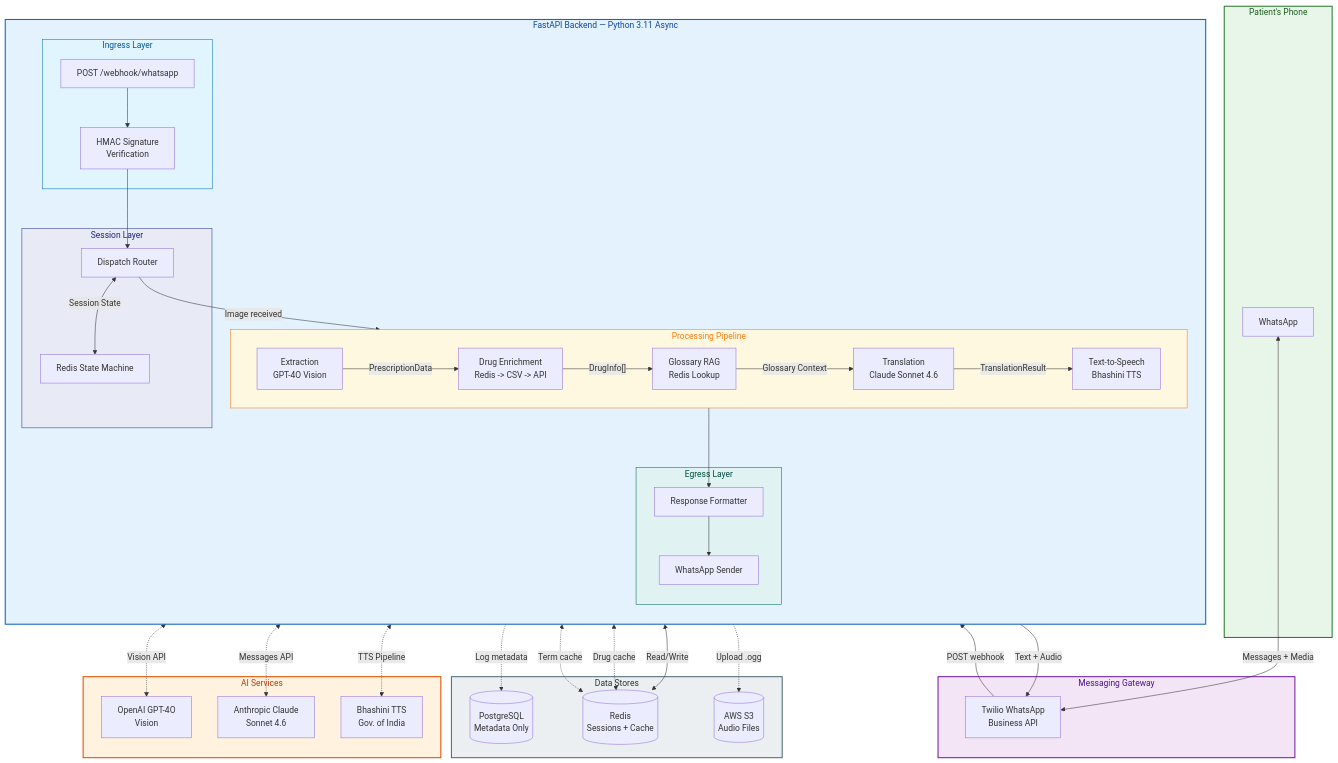
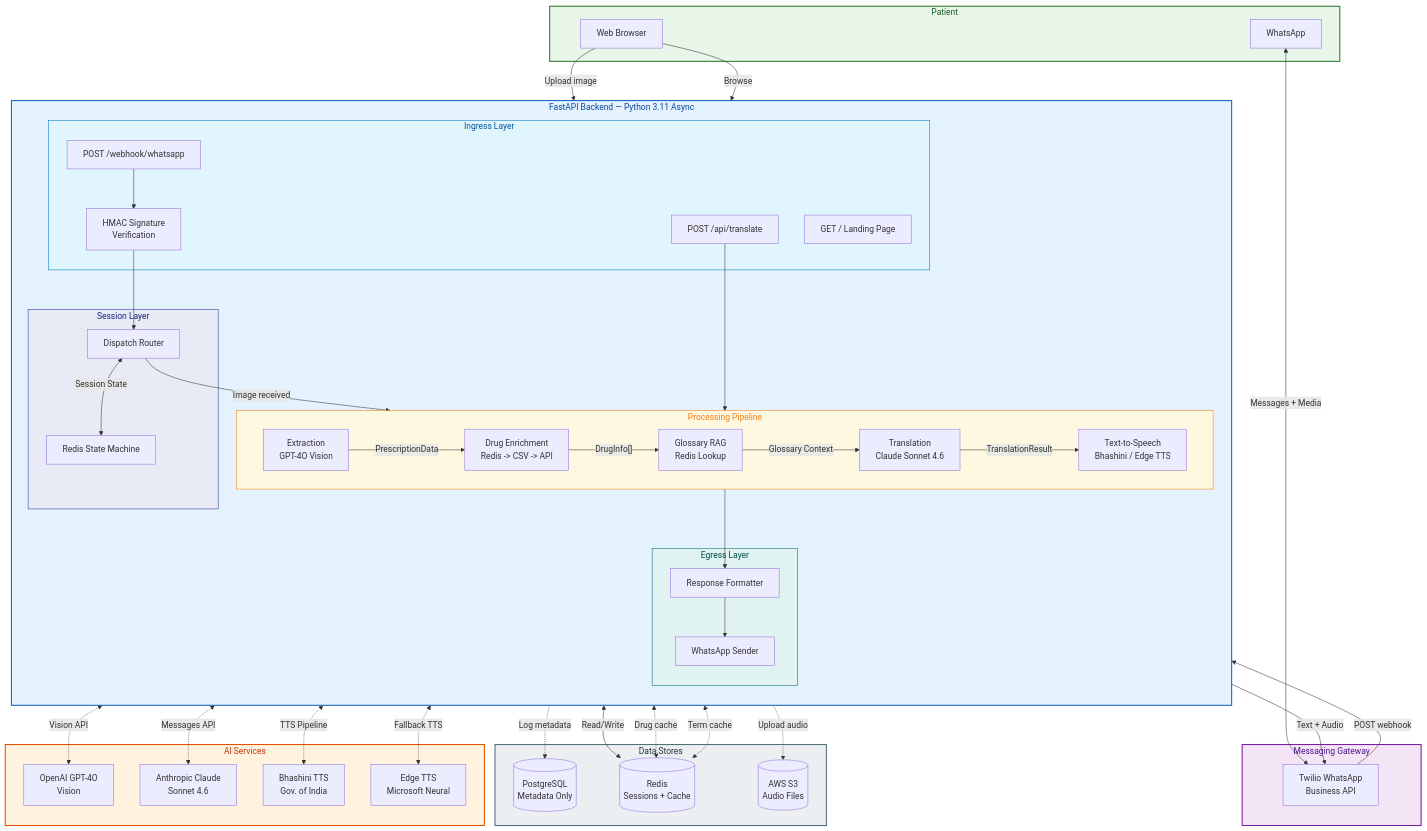
The first of 3 diagrams in README.md (nishantgaurav23/SehatSamjho), drawn with Mermaid before and after one commit. The commit also changed other lines of this file and 22 other files, not shown here.

First line of the commit message:
feat: add web interface + Edge TTS fallback (S14.1-S14.3)

````diff
--- a/README.md
+++ b/README.md
@@ -64,7 +66,8 @@
 ```mermaid
 graph TB
-    subgraph CLIENT["Patient's Phone"]
+    subgraph CLIENT["Patient"]
         WA["WhatsApp"]
+        WEB["Web Browser"]
     end
 
     subgraph GATEWAY["Messaging Gateway"]
@@ -77,6 +80,8 @@
         subgraph INGRESS["Ingress Layer"]
             WH["POST /webhook/whatsapp"]
             HMAC["HMAC Signature<br/>Verification"]
+            WEBAPI["POST /api/translate"]
+            LANDING["GET / Landing Page"]
         end
 
         subgraph SESSION["Session Layer"]
@@ -90,7 +95,7 @@
             DRUG["Drug Enrichment<br/>Redis -> CSV -> API"]
             GLOSS["Glossary RAG<br/>Redis Lookup"]
             TRANS["Translation<br/>Claude Sonnet 4.6"]
-            TTS["Text-to-Speech<br/>Bhashini TTS"]
+            TTS["Text-to-Speech<br/>Bhashini / Edge TTS"]
         end
 
         subgraph EGRESS["Egress Layer"]
@@ -109,11 +114,15 @@
         OPENAI["OpenAI GPT-4O<br/>Vision"]
         ANTHROPIC["Anthropic Claude<br/>Sonnet 4.6"]
         BHASHINI["Bhashini TTS<br/>Gov. of India"]
+        EDGE["Edge TTS<br/>Microsoft Neural"]
     end
 
     WA <-->|"Messages + Media"| TW
     TW -->|"POST webhook"| WH
     WH --> HMAC --> DISPATCH
+    WEB -->|"Upload image"| WEBAPI
+    WEB -->|"Browse"| LANDING
+    WEBAPI --> EXT
     DISPATCH <-->|"Session State"| SM
     SM <-->|"Read/Write"| REDIS
 
@@ -128,7 +137,8 @@
     EXT <-.->|"Vision API"| OPENAI
     TRANS <-.->|"Messages API"| ANTHROPIC
     TTS <-.->|"TTS Pipeline"| BHASHINI
-    TTS -.->|"Upload .ogg"| S3
+    TTS <-.->|"Fallback TTS"| EDGE
+    TTS -.->|"Upload audio"| S3
     DISPATCH -.->|"Log metadata"| PG
     DRUG <-.->|"Drug cache"| REDIS
     GLOSS <-.->|"Term cache"| REDIS
````
